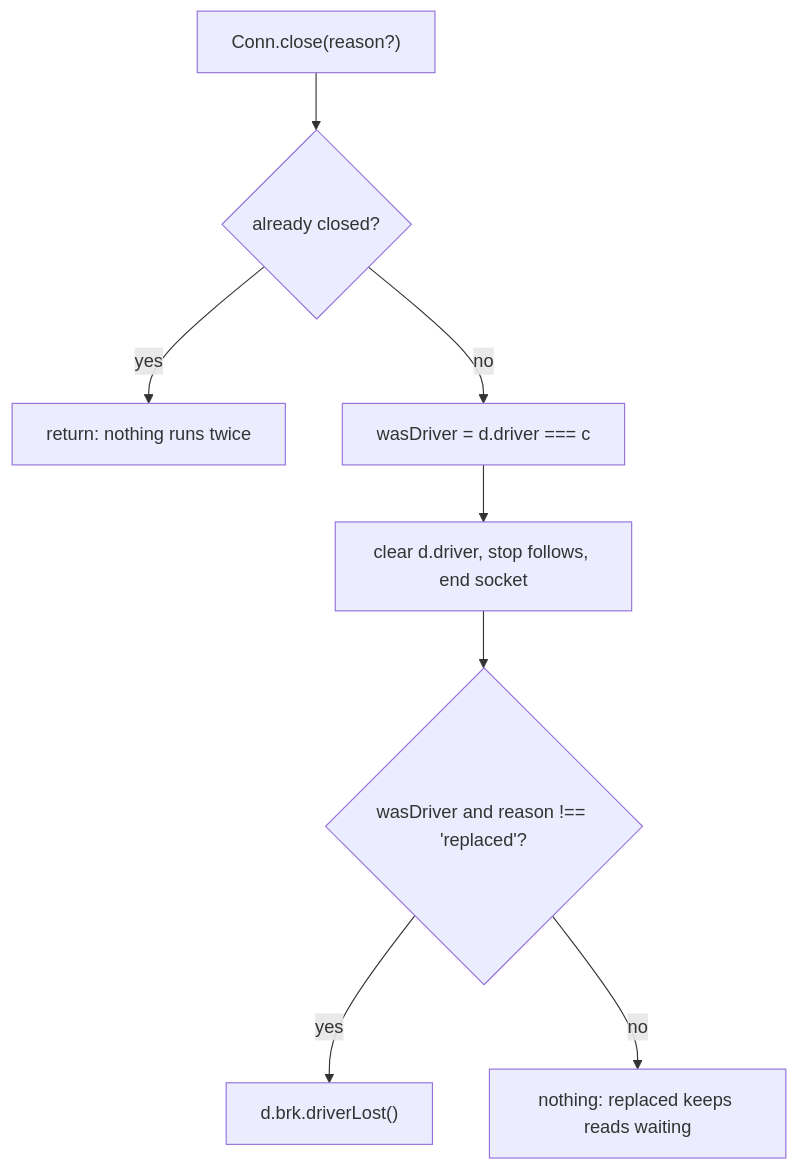
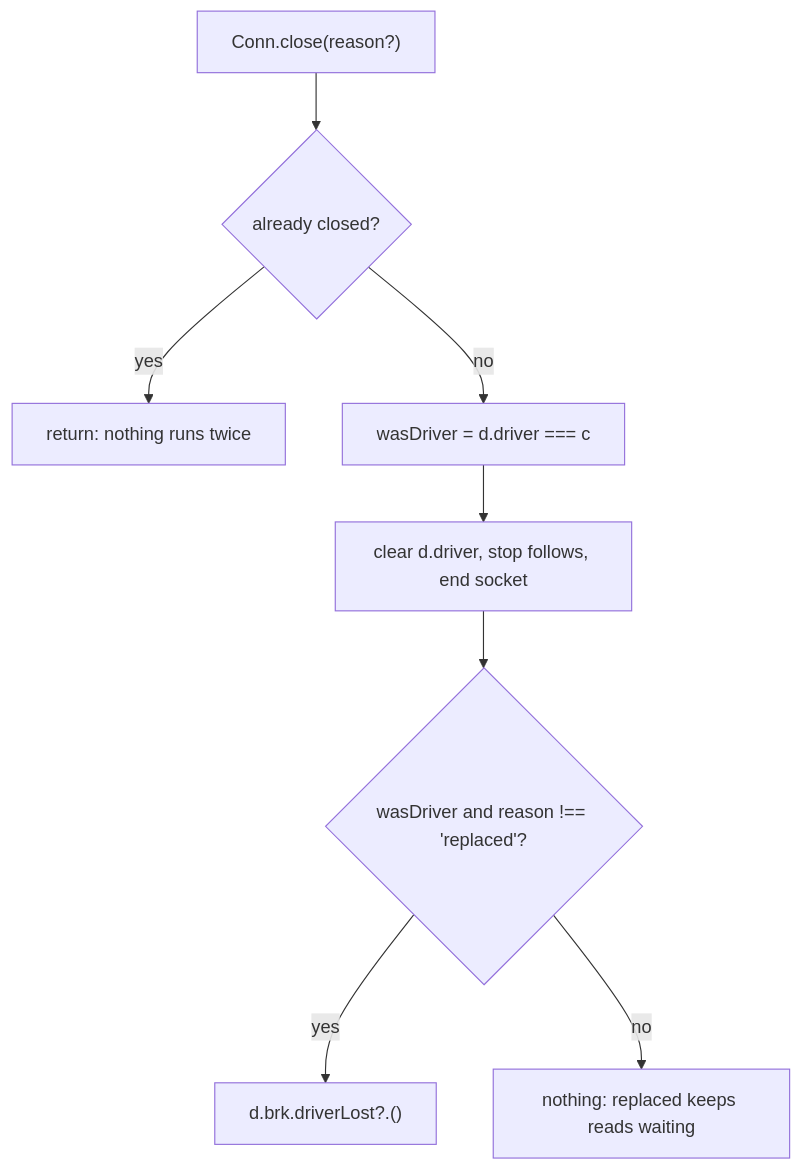
Before and after one commit to HJeon139/postbox: the diagram in designs/508/582/link.md, drawn with Mermaid. The commit also changed other lines of this file, not shown here.

````diff
--- a/designs/508/582/link.md
+++ b/designs/508/582/link.md
@@ -21,10 +21,10 @@
 ```mermaid
 flowchart TD
     A["Conn.close(reason?)"] --> B{"already closed?"}
     B -- yes --> Z["return: nothing runs twice"]
     B -- no --> C["wasDriver = d.driver === c"]
     C --> D["clear d.driver, stop follows, end socket"]
     D --> E{"wasDriver and reason !== 'replaced'?"}
-    E -- yes --> F["d.brk.driverLost()"]
+    E -- yes --> F["d.brk.driverLost?.()"]
     E -- no --> G["nothing: replaced keeps reads waiting"]
 ```
````
